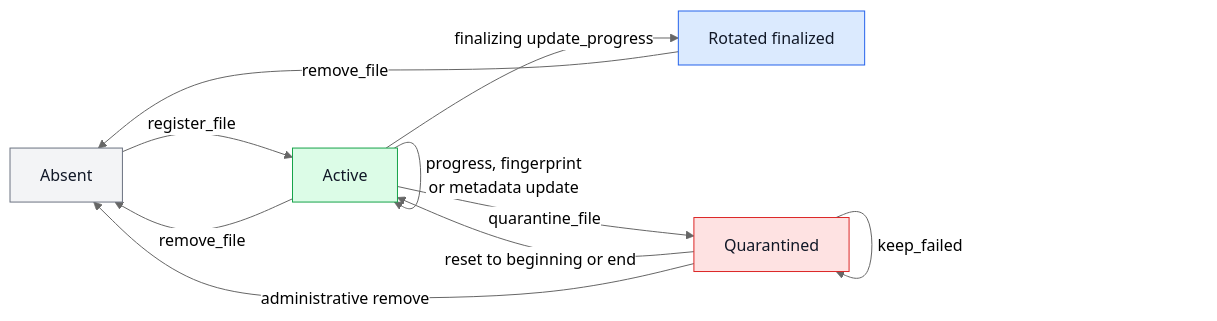
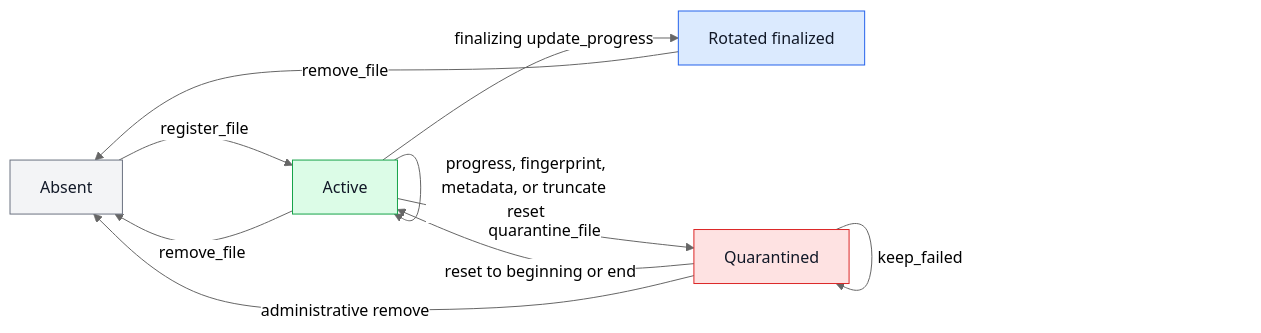
Before and after one commit to open-telemetry/otel-arrow: the ninth of 9 diagrams in rust/otap-dataflow/docs/filelog-receiver.md, drawn with Mermaid (neutral theme). The commit also changed other lines of this file, not shown here.

````diff
--- a/rust/otap-dataflow/docs/filelog-receiver.md
+++ b/rust/otap-dataflow/docs/filelog-receiver.md
@@ -1652,27 +1655,27 @@
 ```mermaid
 flowchart LR
   ABSENT["Absent"]
   ACTIVE["Active"]
   ROTATED["Rotated finalized"]
   QUARANTINED["Quarantined"]
 
   ABSENT -->|"register_file"| ACTIVE
-  ACTIVE -->|"progress, fingerprint<br/>or metadata update"| ACTIVE
+  ACTIVE -->|"progress, fingerprint,<br/>metadata, or truncate reset"| ACTIVE
   ACTIVE -->|"finalizing update_progress"| ROTATED
   ACTIVE -->|"quarantine_file"| QUARANTINED
   QUARANTINED -->|"keep_failed"| QUARANTINED
   QUARANTINED -->|"reset to beginning or end"| ACTIVE
   ACTIVE -->|"remove_file"| ABSENT
   ROTATED -->|"remove_file"| ABSENT
   QUARANTINED -->|"administrative remove"| ABSENT
 
   class ABSENT absentNode
   class ACTIVE activeNode
   class ROTATED rotatedNode
   class QUARANTINED quarantineNode
 
   classDef absentNode fill:#F3F4F6,stroke:#6B7280,color:#111827
   classDef activeNode fill:#DCFCE7,stroke:#16A34A,color:#111827
   classDef rotatedNode fill:#DBEAFE,stroke:#2563EB,color:#111827
   classDef quarantineNode fill:#FEE2E2,stroke:#DC2626,color:#111827
 ```
````
